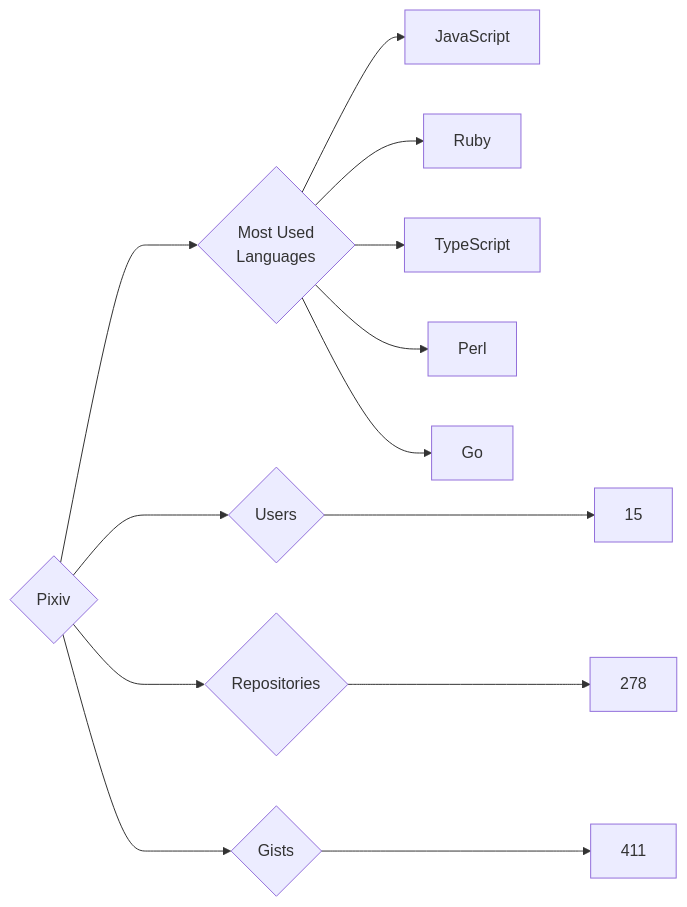
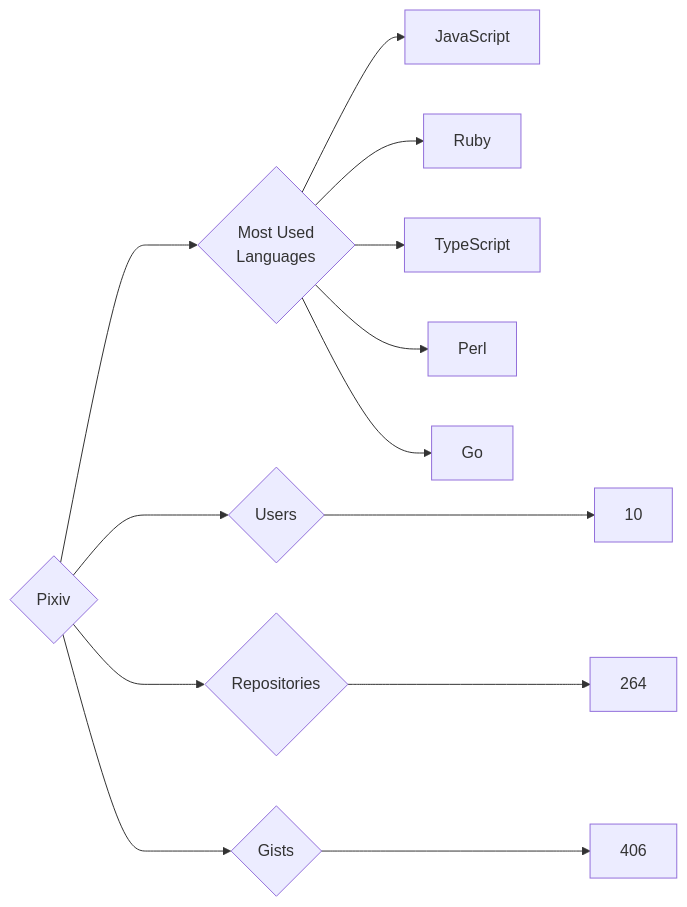
One commit to trickest/insiders changed the diagram in targets/Pixiv/README.md. Above: the diagram before and after it, drawn with Mermaid. The commit also changed 912 other files, not shown here.

````diff
--- a/targets/Pixiv/README.md
+++ b/targets/Pixiv/README.md
@@ -3,13 +3,13 @@
 ```mermaid
 graph LR
 COMPANY_NAME{Pixiv}
-COMPANY_NAME ---> U{Users} ---> UN[15]
-COMPANY_NAME ---> R{Repositories} ---> RN[278]
-COMPANY_NAME ---> G{Gists} ---> GN[411]
+COMPANY_NAME ---> U{Users} ---> UN[10]
+COMPANY_NAME ---> R{Repositories} ---> RN[264]
+COMPANY_NAME ---> G{Gists} ---> GN[406]
 COMPANY_NAME ---> ML{Most Used<br>Languages}
 ML --> JavaScript[JavaScript]
 ML --> Ruby[Ruby]
 ML --> TypeScript[TypeScript]
 ML --> Perl[Perl]
 ML --> Go[Go]
 ```
````
